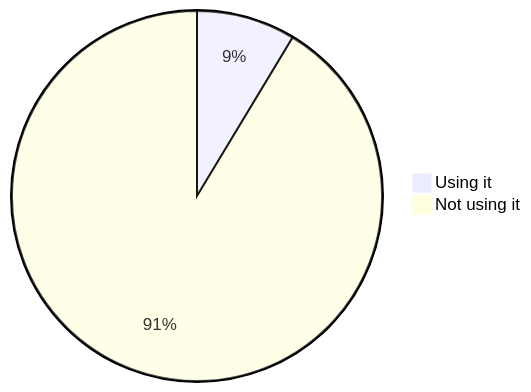
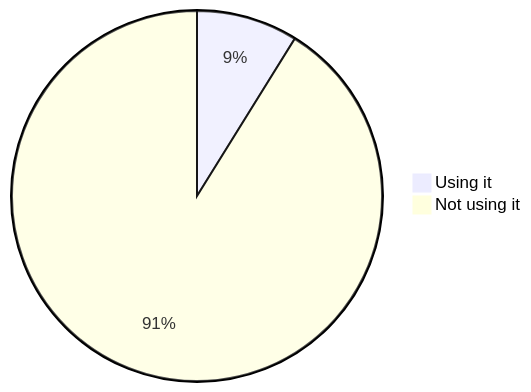
One commit to oshp/oshp-stats changed diagram 11 of 22 in stats.md. Above: the diagram before and after it, drawn with Mermaid. The commit also changed other lines of this file, not shown here.

````diff
--- a/stats.md
+++ b/stats.md
@@ -130,6 +130,6 @@
 ```mermaid
 pie
-	"Using it" : 8.64
-	"Not using it" : 91.36
+	"Using it" : 8.85
+	"Not using it" : 91.15
 
 ```
````
